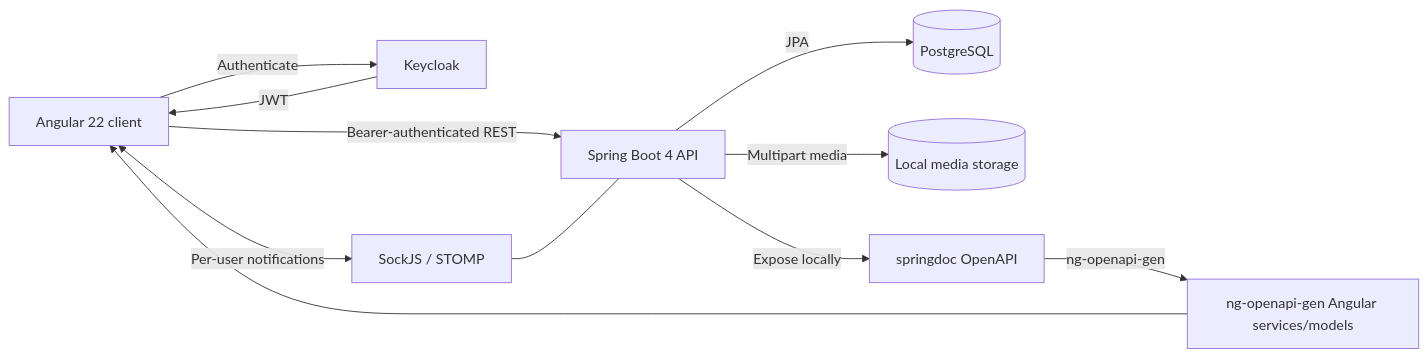
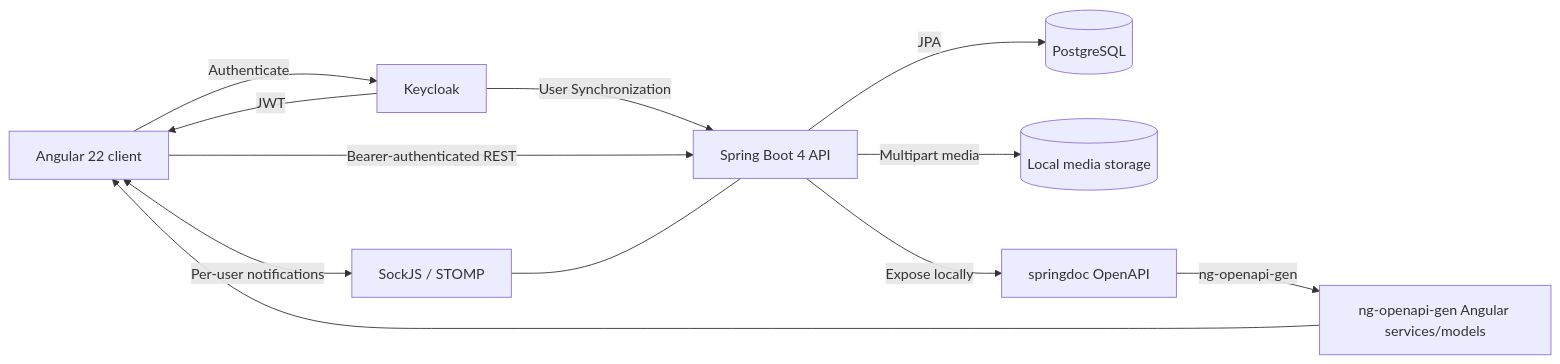
Before and after one commit to bedo-morad/SwiftChat: the diagram in README.md, drawn with Mermaid. The commit also changed other lines of this file, not shown here.

````diff
--- a/README.md
+++ b/README.md
@@ -39,22 +39,23 @@
 ```mermaid
 flowchart LR
     Browser[Angular 22 client]
     Keycloak[Keycloak]
     API[Spring Boot 4 API]
     WS[SockJS / STOMP]
     DB[(PostgreSQL)]
     Files[(Local media storage)]
     Spec[springdoc OpenAPI]
     Client[ng-openapi-gen Angular services/models]
 
     Browser -->|Authenticate| Keycloak
+    Keycloak -->|User Synchronization| API
     Keycloak -->|JWT| Browser
     Browser -->|Bearer-authenticated REST| API
     Browser <-->|Per-user notifications| WS
     WS --- API
     API -->|JPA| DB
     API -->|Multipart media| Files
     API -->|Expose locally| Spec
     Spec -->|ng-openapi-gen| Client
     Client --> Browser
 ```
````
